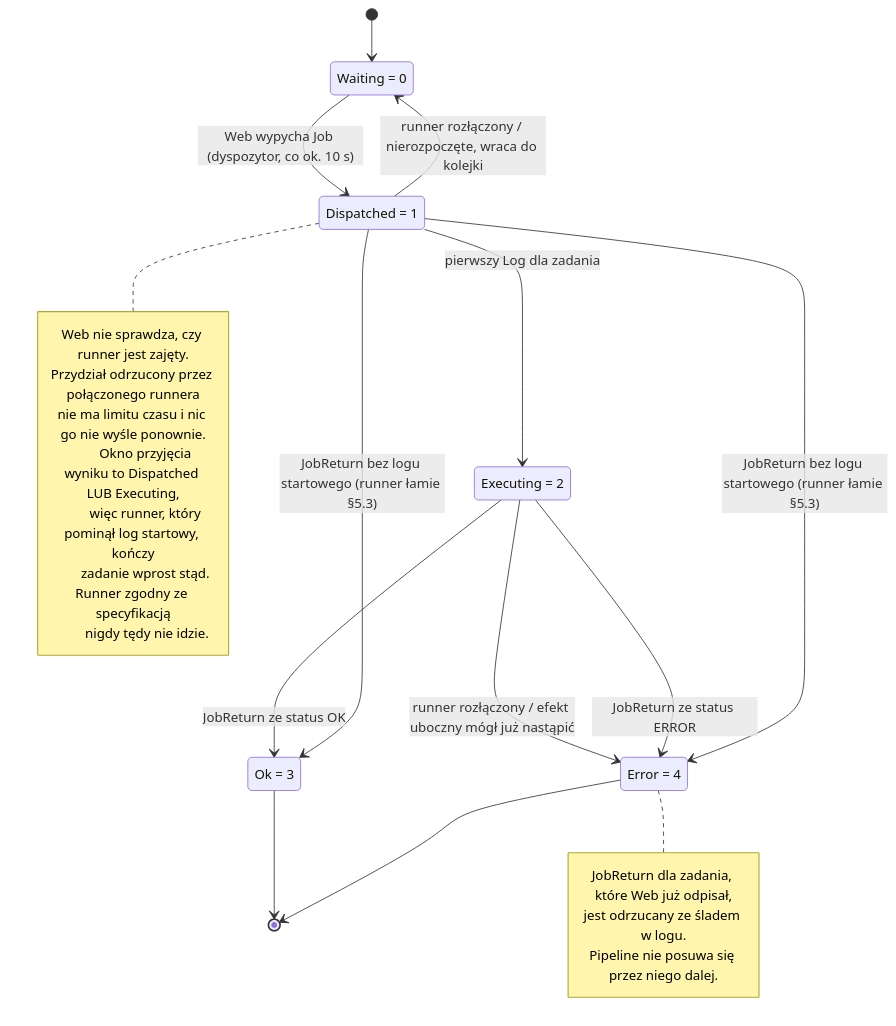
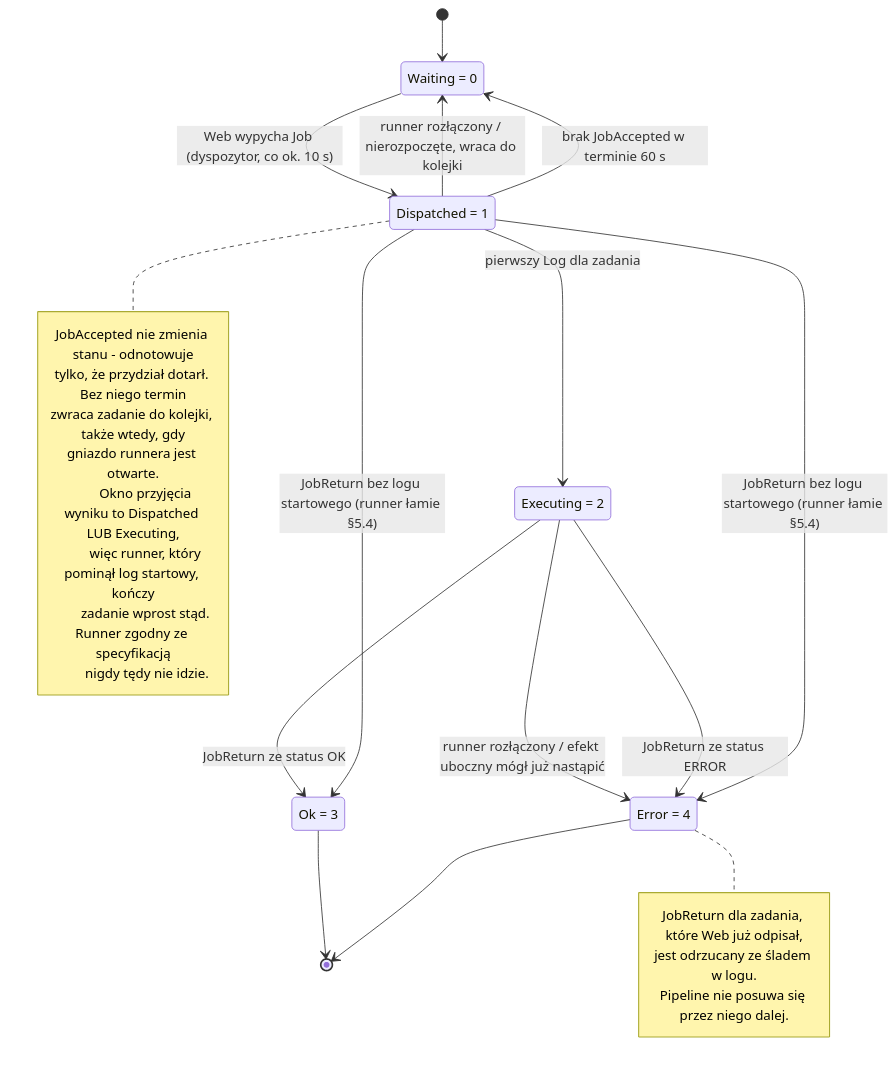
Before and after one commit to zapqio/protocol: the second of 3 diagrams in PROTOCOL.md, drawn with Mermaid. The commit also changed other lines of this file and 8 other files, not shown here.

First line of the commit message:
v2: attempt ids, JobAccepted and an acknowledgement deadline

````diff
--- a/PROTOCOL.md
+++ b/PROTOCOL.md
@@ -274,37 +340,39 @@
 ```mermaid
 stateDiagram-v2
     state "Waiting = 0" as Waiting
     state "Dispatched = 1" as Dispatched
     state "Executing = 2" as Executing
     state "Ok = 3" as Ok
     state "Error = 4" as Error
 
     [*] --> Waiting
     Waiting --> Dispatched: Web wypycha Job (dyspozytor, co ok. 10 s)
     Dispatched --> Executing: pierwszy Log dla zadania
     Dispatched --> Waiting: runner rozłączony / nierozpoczęte, wraca do kolejki
+    Dispatched --> Waiting: brak JobAccepted w terminie 60 s
     Executing --> Error: runner rozłączony / efekt uboczny mógł już nastąpić
     Executing --> Ok: JobReturn ze status OK
     Executing --> Error: JobReturn ze status ERROR
-    Dispatched --> Ok: JobReturn bez logu startowego (runner łamie §5.3)
-    Dispatched --> Error: JobReturn bez logu startowego (runner łamie §5.3)
+    Dispatched --> Ok: JobReturn bez logu startowego (runner łamie §5.4)
+    Dispatched --> Error: JobReturn bez logu startowego (runner łamie §5.4)
     Ok --> [*]
     Error --> [*]
 
     note right of Dispatched
-        Web nie sprawdza, czy runner jest zajęty.
-        Przydział odrzucony przez połączonego runnera
-        nie ma limitu czasu i nic go nie wyśle ponownie.
+        JobAccepted nie zmienia stanu - odnotowuje
+        tylko, że przydział dotarł. Bez niego termin
+        zwraca zadanie do kolejki, także wtedy, gdy
+        gniazdo runnera jest otwarte.
 
         Okno przyjęcia wyniku to Dispatched LUB Executing,
         więc runner, który pominął log startowy, kończy
         zadanie wprost stąd. Runner zgodny ze specyfikacją
         nigdy tędy nie idzie.
     end note
 
     note right of Error
         JobReturn dla zadania, które Web już odpisał,
         jest odrzucany ze śladem w logu.
         Pipeline nie posuwa się przez niego dalej.
     end note
 ```
````
